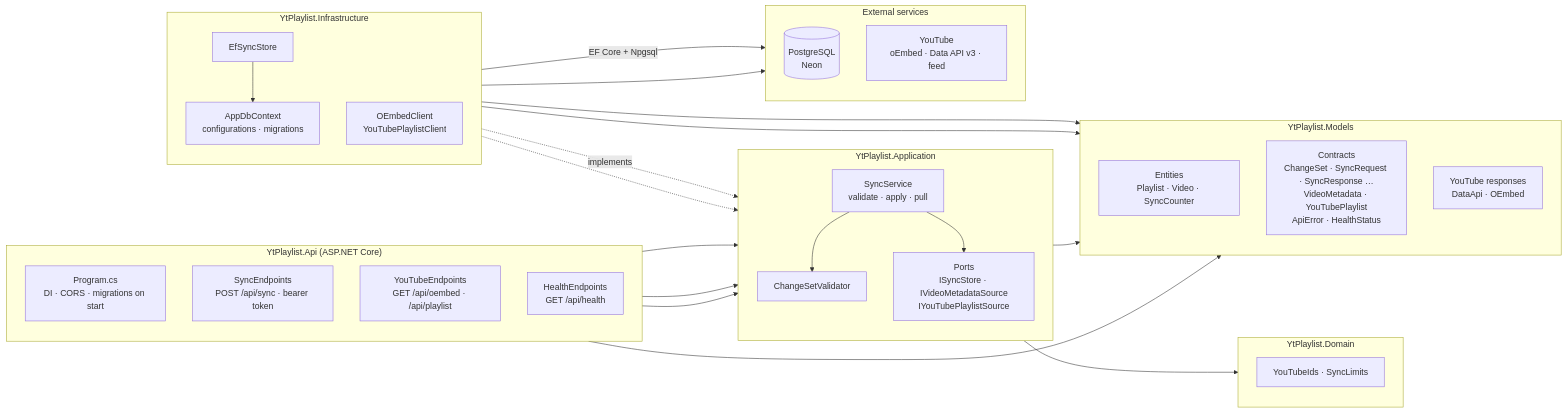
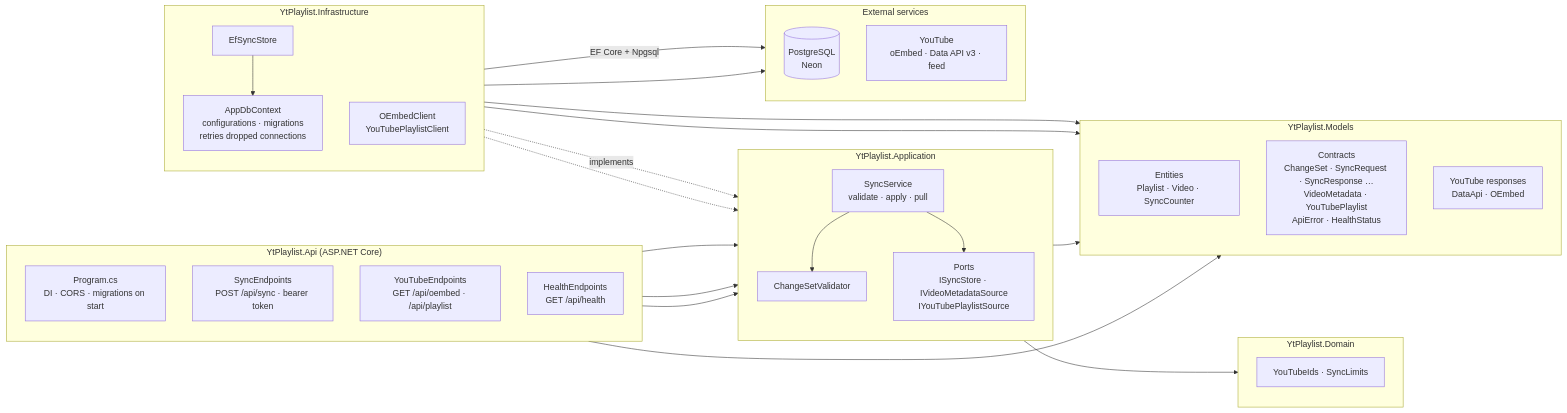
The second of 3 diagrams in docs/architecture.md (jestra52/yt-playlist-manager), drawn with Mermaid before and after one commit. The commit also changed other lines of this file and 1 other file, not shown here.

````diff
--- a/docs/architecture.md
+++ b/docs/architecture.md
@@ -76,57 +79,57 @@
 ```mermaid
 flowchart LR
     subgraph apiProject["YtPlaylist.Api (ASP.NET Core)"]
         direction TB
         program["Program.cs<br/>DI · CORS · migrations on start"]
         syncEp["SyncEndpoints<br/>POST /api/sync · bearer token"]
         ytEp["YouTubeEndpoints<br/>GET /api/oembed · /api/playlist"]
         healthEp["HealthEndpoints<br/>GET /api/health"]
     end
 
     subgraph application["YtPlaylist.Application"]
         direction TB
         syncSvc["SyncService<br/>validate · apply · pull"]
         validator["ChangeSetValidator"]
         ports["Ports<br/>ISyncStore · IVideoMetadataSource<br/>IYouTubePlaylistSource"]
     end
 
     subgraph domain["YtPlaylist.Domain"]
         direction TB
         rules["YouTubeIds · SyncLimits"]
     end
 
     subgraph models["YtPlaylist.Models"]
         direction TB
         entities["Entities<br/>Playlist · Video · SyncCounter"]
         contracts["Contracts<br/>ChangeSet · SyncRequest · SyncResponse …<br/>VideoMetadata · YouTubePlaylist<br/>ApiError · HealthStatus"]
         youtubeDtos["YouTube responses<br/>DataApi · OEmbed"]
     end
 
     subgraph infrastructure["YtPlaylist.Infrastructure"]
         direction TB
         store["EfSyncStore"]
-        dbContext["AppDbContext<br/>configurations · migrations"]
+        dbContext["AppDbContext<br/>configurations · migrations<br/>retries dropped connections"]
         clients["OEmbedClient<br/>YouTubePlaylistClient"]
         store --> dbContext
     end
 
     syncEp --> syncSvc
     syncSvc --> validator & ports
     ytEp --> ports
     healthEp --> syncSvc
     store -. "implements" .-> ports
     clients -.-> ports
     validator --> rules
     dbContext --> entities
     syncEp & ports --> contracts
     clients --> youtubeDtos
 
     subgraph external["External services"]
         direction TB
         postgres[("PostgreSQL<br/>Neon")]
         yt["YouTube<br/>oEmbed · Data API v3 · feed"]
     end
 
     dbContext -- "EF Core + Npgsql" --> postgres
     clients --> yt
 ```
````
